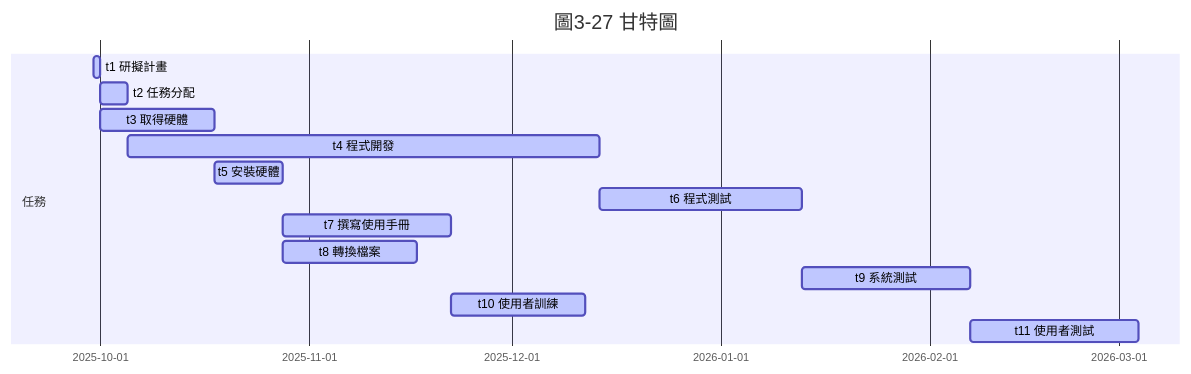
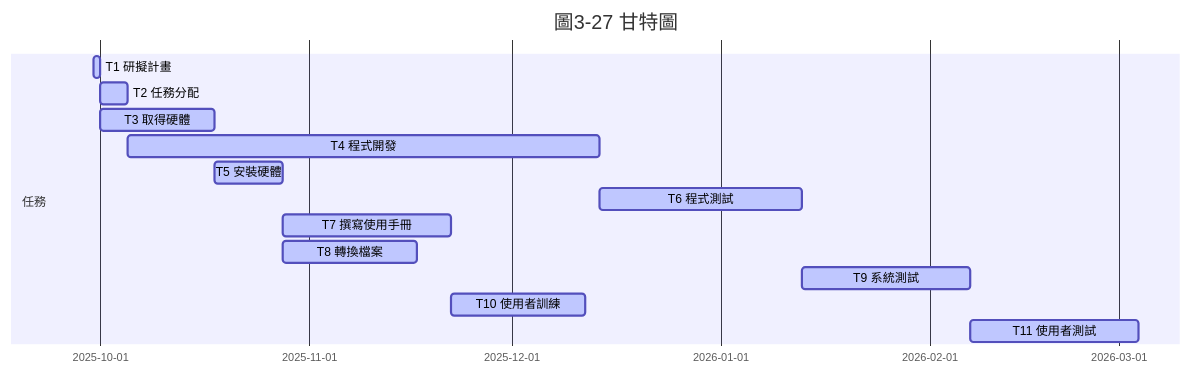
The first of 2 diagrams in hw2.md (Xiaobao0813/114-b), drawn with Mermaid before and after one commit. The commit also changed other lines of this file, not shown here.

Commit message:
Update task list and add PERT diagram

````diff
--- a/hw2.md
+++ b/hw2.md
@@ -1,19 +1,20 @@
 ```mermaid
 gantt
     title 圖3-27 甘特圖
     dateFormat  YYYY-MM-DD
     axisFormat  %Y-%m-%d
 
     section 任務
-    t1 研擬計畫          :active, t1, 2025-09-30, 1d
-    t2 任務分配          :active, t2, after t1, 4d
-    t3 取得硬體          :active, t3, after t1, 17d
-    t4 程式開發          :active, t4, after t2, 70d
-    t5 安裝硬體          :active, t5, after t3, 10d
-    t6 程式測試          :active, t6, after t4, 30d
-    t7 撰寫使用手冊      :active, t7, after t5, 25d
-    t8 轉換檔案          :active, t8, after t5, 20d
-    t9 系統測試          :active, t9, after t6, 25d
-    t10 使用者訓練       :active, t10, after t7, 20d
-    t11 使用者測試       :active, t11, after t9, 25d
+    T1 研擬計畫          :active, t1, 2025-09-30, 1d
+    T2 任務分配          :active, t2, after t1, 4d
+    T3 取得硬體          :active, t3, after t1, 17d
+    T4 程式開發          :active, t4, after t2, 70d
+    T5 安裝硬體          :active, t5, after t3, 10d
+    T6 程式測試          :active, t6, after t4, 30d
+    T7 撰寫使用手冊      :active, t7, after t5, 25d
+    T8 轉換檔案          :active, t8, after t5, 20d
+    T9 系統測試          :active, t9, after t6, 25d
+    T10 使用者訓練       :active, t10, after t7, 20d
+    T11 使用者測試       :active, t11, after t9, 25d
+
 ```
````
